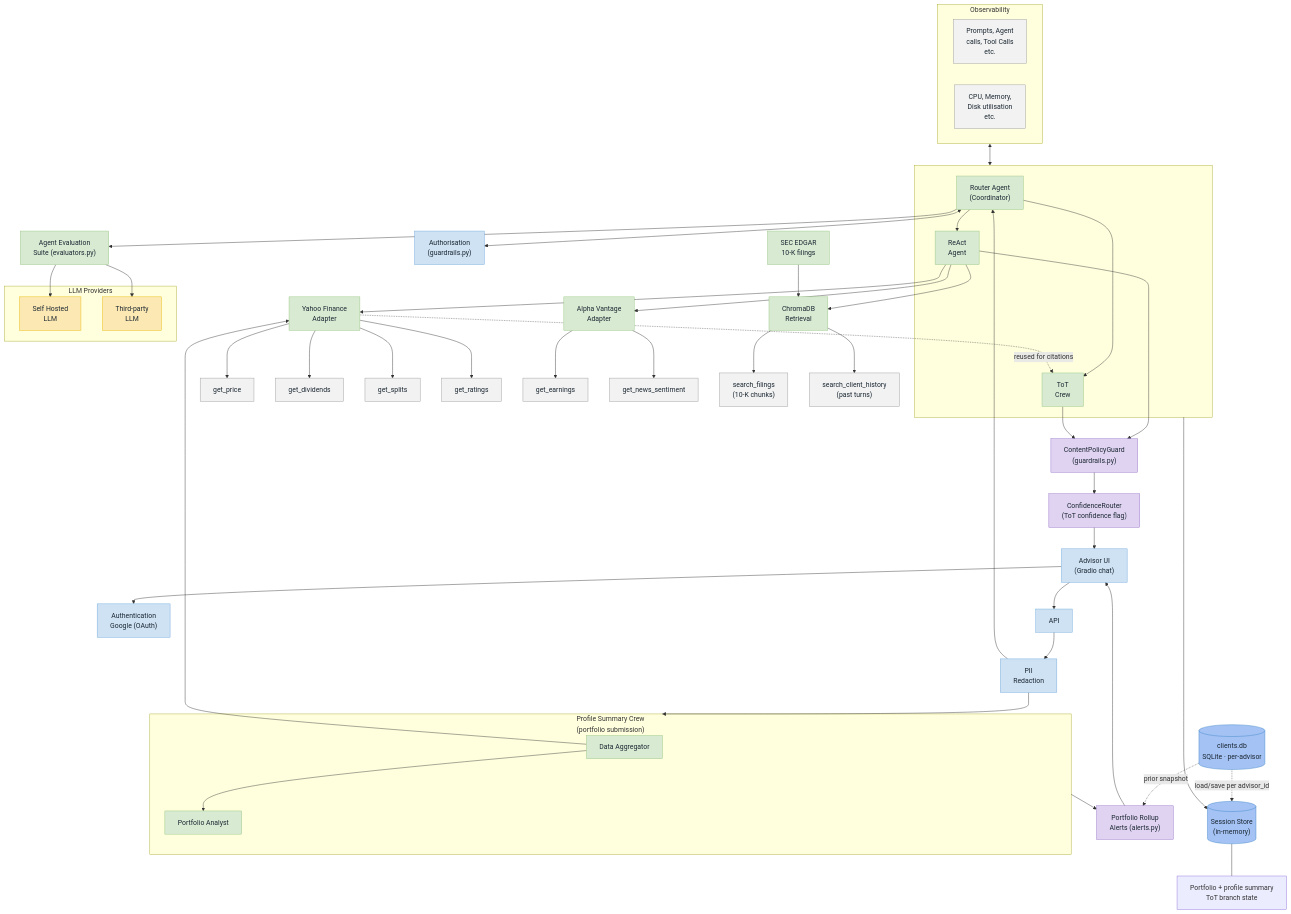
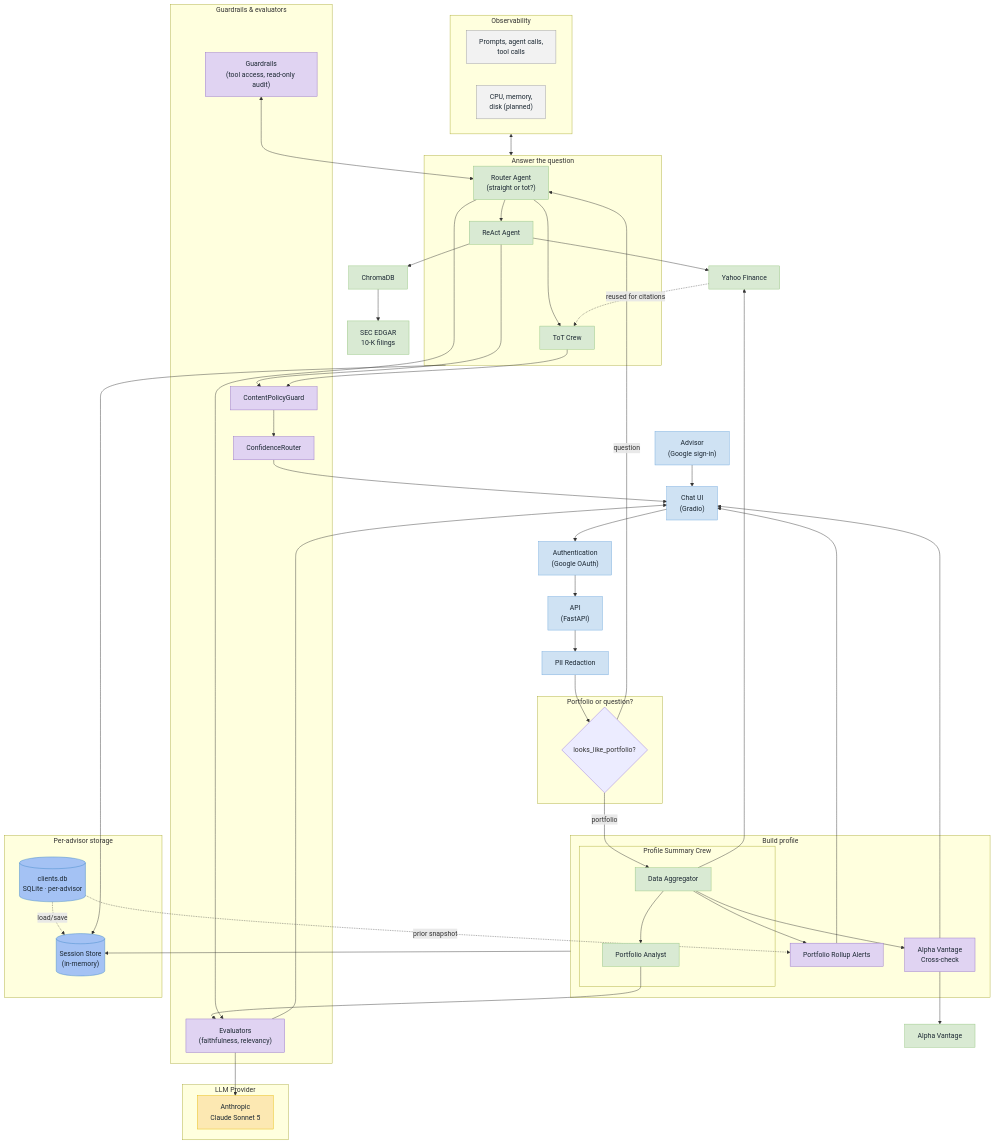
One commit to Irving0904/MarketForecastor changed the second of 2 diagrams in docs/market_forecaster_architecture.md. Above: the diagram before and after it, drawn with Mermaid. The commit also changed other lines of this file, not shown here.

Commit message:
Align detailed diagram's structure with the high-level overview
The detailed diagram now uses 5 boundary subgraphs -- Portfolio or
question?, Build profile, Answer the question, Guardrails & evaluators,
Per-advisor storage -- matching the high-level diagram's boxes exactly,
same order and hierarchy, so each one visibly expands into its real
components instead of a flat unstructured node list.

Also fixes a real inaccuracy found while restructuring: the previous
version wired Alpha Vantage as a ReAct Agent tool, which never matched
the code -- it's only ever called from the portfolio-submission path.
Component Reference table regrouped to match the same 5 sections.

````diff
--- a/docs/market_forecaster_architecture.md
+++ b/docs/market_forecaster_architecture.md
@@ -54,100 +59,92 @@
 ```mermaid
 flowchart TD
-    UI["Advisor UI<br/>(Gradio chat)"]
-    AUTH_ID["Authentication<br/>Google (OAuth)"]
-    API["API"]
-    PII["PII<br/>Redaction"]
-    AUTHZ["Authorisation<br/>(guardrails.py)"]
-    EVAL["Agent Evaluation<br/>Suite (evaluators.py)"]
+    ADVISOR["Advisor<br/>(Google sign-in)"]
+    UI["Chat UI<br/>(Gradio)"]
+    AUTH_ID["Authentication<br/>(Google OAuth)"]
+    API["API<br/>(FastAPI)"]
+    PII["PII Redaction"]
 
-    subgraph PCREW["Profile Summary Crew<br/>(portfolio submission)"]
-        AGG["Data Aggregator"]
-        PROFANALYST["Portfolio Analyst"]
-        AGG --> PROFANALYST
+    subgraph SG_ROUTE["Portfolio or question?"]
+        PCHECK{"looks_like_portfolio?"}
     end
 
-    ALERTS["Portfolio Rollup<br/>Alerts (alerts.py)"]
+    subgraph SG_PROFILE["Build profile"]
+        subgraph PCREW["Profile Summary Crew"]
+            AGG["Data Aggregator"]
+            PROFANALYST["Portfolio Analyst"]
+            AGG --> PROFANALYST
+        end
+        ALERTS["Portfolio Rollup Alerts"]
+        CROSSCHECK["Alpha Vantage<br/>Cross-check"]
+        AGG --> ALERTS
+        AGG --> CROSSCHECK
+    end
 
-    subgraph AGENTS[" "]
-        COORD["Router Agent<br/>(Coordinator)"]
-        REACT["ReAct<br/>Agent"]
-        TOT["ToT<br/>Crew"]
+    subgraph SG_ANSWER["Answer the question"]
+        COORD["Router Agent<br/>(straight or tot?)"]
+        REACT["ReAct Agent"]
+        TOT["ToT Crew"]
         COORD --> REACT
         COORD --> TOT
     end
 
-    CONTENT["ContentPolicyGuard<br/>(guardrails.py)"]
-    CONF["ConfidenceRouter<br/>(ToT confidence flag)"]
-
-    subgraph LLMS["LLM Providers"]
-        SELF_LLM["Self Hosted<br/>LLM"]
-        THIRD_LLM["Third-party<br/>LLM"]
+    subgraph OBS["Observability"]
+        OBS1["Prompts, agent calls,<br/>tool calls"]
+        OBS2["CPU, memory,<br/>disk (planned)"]
     end
 
-    subgraph OBS["Observability"]
-        OBS1["Prompts, Agent<br/>calls, Tool Calls<br/>etc."]
-        OBS2["CPU, Memory,<br/>Disk utilisation<br/>etc."]
+    subgraph SG_GUARD["Guardrails &amp; evaluators"]
+        AUTHZ["Guardrails<br/>(tool access, read-only audit)"]
+        EVAL["Evaluators<br/>(faithfulness, relevancy)"]
+        CONTENT["ContentPolicyGuard"]
+        CONF["ConfidenceRouter"]
+        CONTENT --> CONF
     end
 
-    SESSION[("Session Store<br/>(in-memory)")]
-    SESSION_NOTE["Portfolio + profile summary<br/>ToT branch state"]
-    SQLITE_DB[("clients.db<br/>SQLite · per-advisor")]
+    subgraph SG_STORE["Per-advisor storage"]
+        SESSION[("Session Store<br/>(in-memory)")]
+        SQLITE_DB[("clients.db<br/>SQLite · per-advisor")]
+        SQLITE_DB -. load/save .-> SESSION
+    end
 
-    YAHOO_MCP["Yahoo Finance<br/>Adapter"]
-    AV_MCP["Alpha Vantage<br/>Adapter"]
-    CHROMA_MCP["ChromaDB<br/>Retrieval"]
+    subgraph LLMS["LLM Provider"]
+        ANTHROPIC["Anthropic<br/>Claude Sonnet 5"]
+    end
+
+    YAHOO_MCP["Yahoo Finance"]
+    AV_MCP["Alpha Vantage"]
+    CHROMA_MCP["ChromaDB"]
     SEC_EDGAR["SEC EDGAR<br/>10-K filings"]
 
-    PRICE["get_price"]
-    DIV["get_dividends"]
-    SPLIT["get_splits"]
-    RATING["get_ratings"]
-    EARN["get_earnings"]
-    NEWS["get_news_sentiment"]
-    FILING_CHUNKS["search_filings<br/>(10-K chunks)"]
-    HISTORY_CHUNKS["search_client_history<br/>(past turns)"]
-
-    UI --> AUTH_ID
-    UI --> API
-    API --> PII
-    PII --> PCREW
-    PII --> COORD
+    ADVISOR --> UI --> AUTH_ID --> API --> PII --> PCHECK
+    PCHECK -- portfolio --> AGG
+    PCHECK -- question --> COORD
 
     AGG --> YAHOO_MCP
-    PCREW --> ALERTS
+    CROSSCHECK --> AV_MCP
     SQLITE_DB -. prior snapshot .-> ALERTS
+    PROFANALYST --> EVAL
     ALERTS --> UI
+    CROSSCHECK --> UI
 
-    COORD <--> AUTHZ
+    AUTHZ <--> COORD
     COORD --> EVAL
-    EVAL --> SELF_LLM
-    EVAL --> THIRD_LLM
+    EVAL --> ANTHROPIC
 
-    OBS <--> AGENTS
+    OBS <--> SG_ANSWER
 
     REACT --> YAHOO_MCP
-    REACT --> AV_MCP
     REACT --> CHROMA_MCP
+    CHROMA_MCP --> SEC_EDGAR
     YAHOO_MCP -. reused for citations .-> TOT
 
     REACT --> CONTENT
     TOT --> CONTENT
-    CONTENT --> CONF
     CONF --> UI
+    EVAL --> UI
 
-    AGENTS --> SESSION
-    SESSION --- SESSION_NOTE
-    SQLITE_DB -. load/save per advisor_id .-> SESSION
-
-    YAHOO_MCP --> PRICE
-    YAHOO_MCP --> DIV
-    YAHOO_MCP --> SPLIT
-    YAHOO_MCP --> RATING
-    AV_MCP --> EARN
-    AV_MCP --> NEWS
-    SEC_EDGAR --> CHROMA_MCP
-    CHROMA_MCP --> FILING_CHUNKS
-    CHROMA_MCP --> HISTORY_CHUNKS
+    SG_ANSWER --> SESSION
+    SG_PROFILE --> SESSION
 
     classDef blue fill:#cfe2f3,stroke:#6fa8dc,color:#1c2833
     classDef green fill:#d9ead3,stroke:#93c47d,color:#1c2833
@@ -156,10 +153,10 @@
     classDef store fill:#a4c2f4,stroke:#3d85c6,color:#1c2833
     classDef purple fill:#e0d3f2,stroke:#9370c7,color:#1c2833
 
-    class UI,AUTH_ID,API,PII,AUTHZ blue
-    class COORD,REACT,TOT,EVAL,YAHOO_MCP,AV_MCP,CHROMA_MCP,SEC_EDGAR,AGG,PROFANALYST green
-    class SELF_LLM,THIRD_LLM tan
-    class PRICE,DIV,SPLIT,RATING,EARN,NEWS,FILING_CHUNKS,HISTORY_CHUNKS,OBS1,OBS2 grey
+    class ADVISOR,UI,AUTH_ID,API,PII blue
+    class COORD,REACT,TOT,YAHOO_MCP,AV_MCP,CHROMA_MCP,SEC_EDGAR,AGG,PROFANALYST green
+    class ANTHROPIC tan
+    class OBS1,OBS2 grey
     class SESSION,SQLITE_DB store
-    class ALERTS,CONTENT,CONF purple
+    class ALERTS,CROSSCHECK,AUTHZ,EVAL,CONTENT,CONF purple
 ```
````
